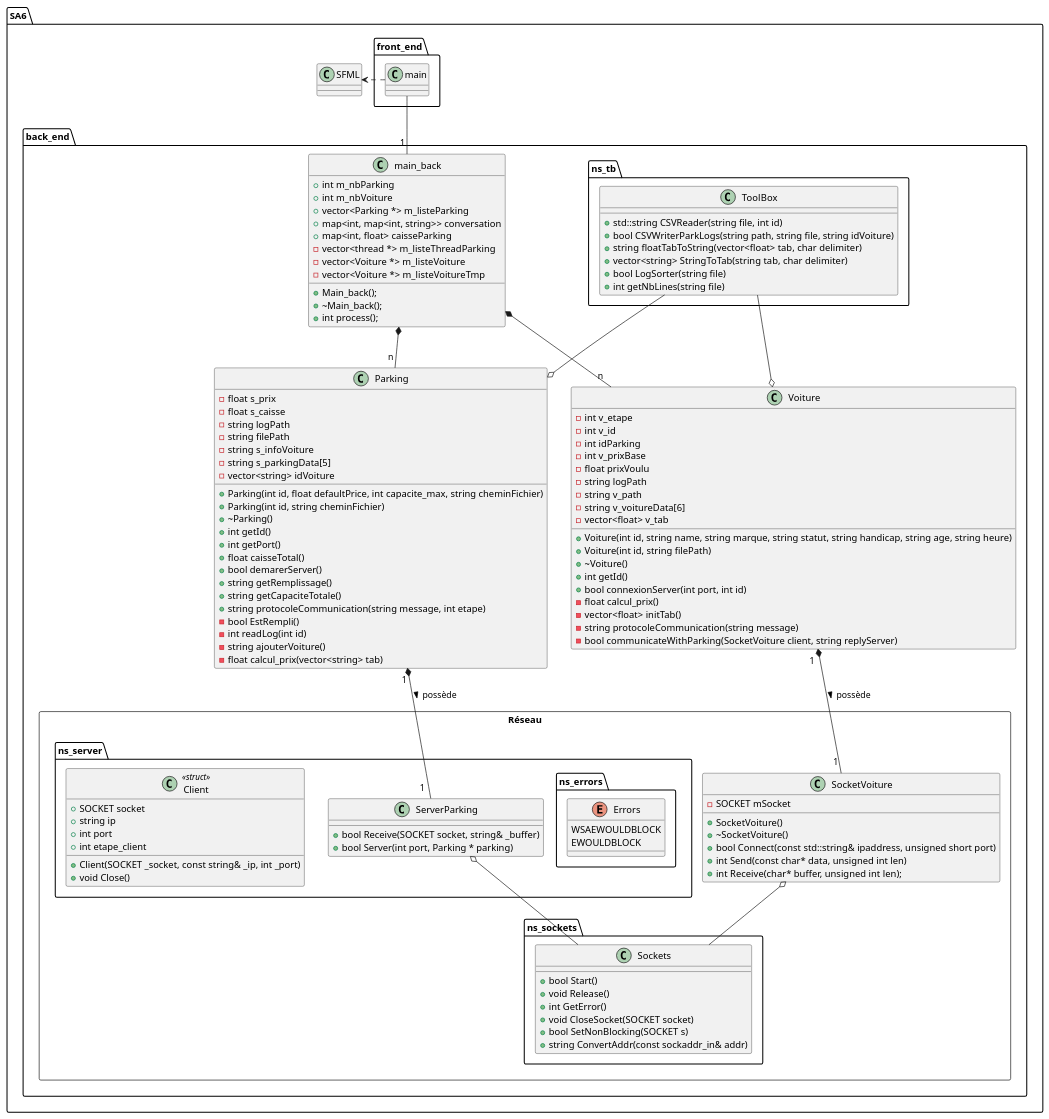
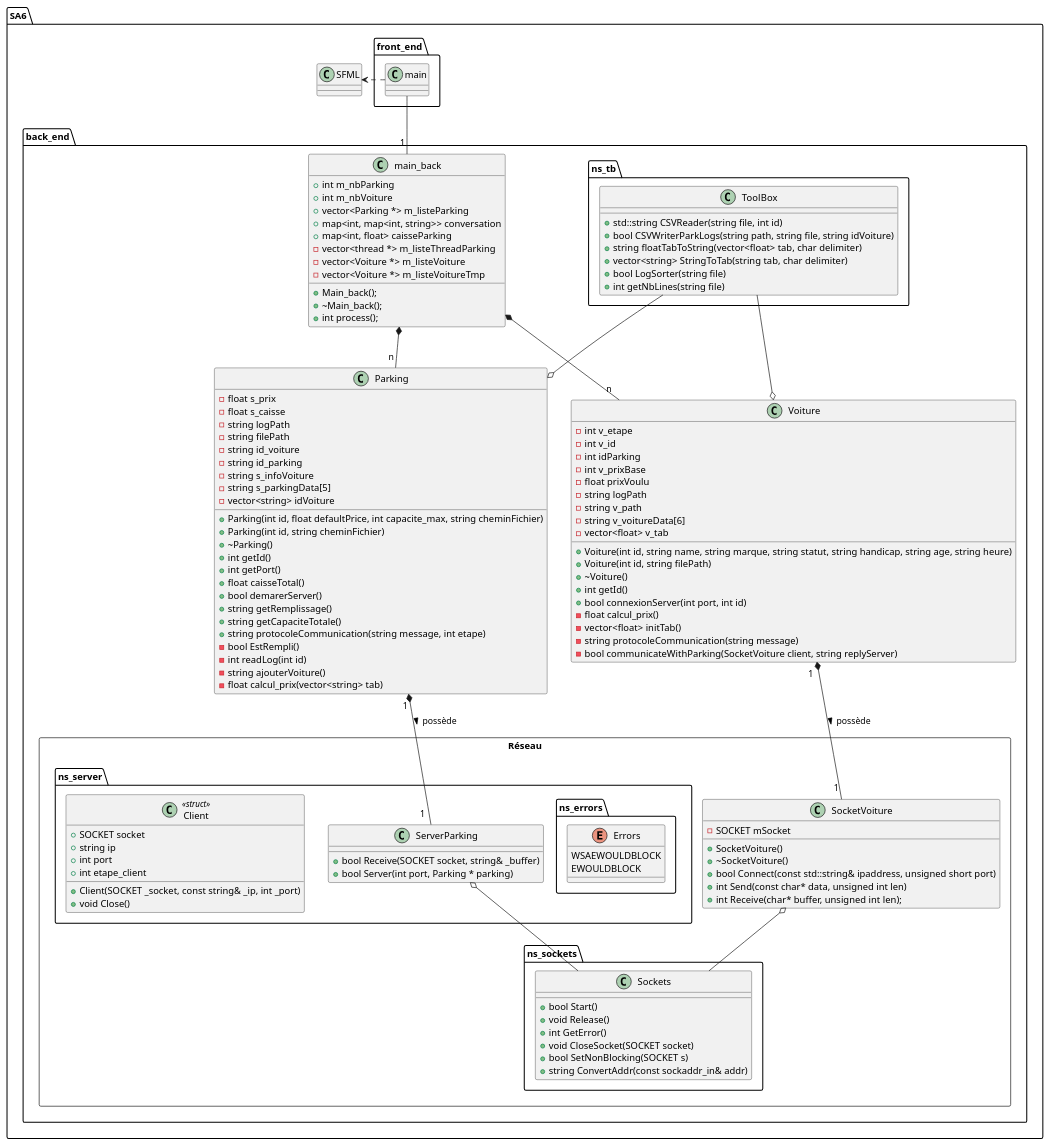
Before and after one commit to KevinFroissart/SA6_CarPark_AI: the diagram in SA6/doc/uml.plantuml, drawn with PlantUML. The commit also changed 20 other files, not shown here.

```diff
--- a/SA6/doc/uml.plantuml
+++ b/SA6/doc/uml.plantuml
@@ -1,154 +1,156 @@
 @startuml SA6_uml
 
 package SA6 {
 
     package front_end {
         class main {}
     }
 
     class SFML {}
 
     package back_end {
 
         class main_back {
             + int m_nbParking
             + int m_nbVoiture
             + vector<Parking *> m_listeParking
             + map<int, map<int, string>> conversation
             + map<int, float> caisseParking
             - vector<thread *> m_listeThreadParking
             - vector<Voiture *> m_listeVoiture
             - vector<Voiture *> m_listeVoitureTmp
 
             + Main_back();
             + ~Main_back();
             + int process();
         }
 
         package ns_tb {
             class ToolBox {
                 + std::string CSVReader(string file, int id)
                 + bool CSVWriterParkLogs(string path, string file, string idVoiture)
                 + string floatTabToString(vector<float> tab, char delimiter)
                 + vector<string> StringToTab(string tab, char delimiter)
                 + bool LogSorter(string file)
                 + int getNbLines(string file)
             }
         }
         
         class Parking {
             - float s_prix
             - float s_caisse
             - string logPath
             - string filePath
+            - string id_voiture
+            - string id_parking
             - string s_infoVoiture
             - string s_parkingData[5]
             - vector<string> idVoiture
 
             + Parking(int id, float defaultPrice, int capacite_max, string cheminFichier)
             + Parking(int id, string cheminFichier)
             + ~Parking()
             + int getId()
             + int getPort()
             + float caisseTotal()
             + bool demarerServer()
             + string getRemplissage()
             + string getCapaciteTotale()
             + string protocoleCommunication(string message, int etape)
             - bool EstRempli()
             - int readLog(int id)
             - string ajouterVoiture()
             - float calcul_prix(vector<string> tab)
         }
 
         Class Voiture {
             - int v_etape
             - int v_id
             - int idParking
             - int v_prixBase
             - float prixVoulu
             - string logPath
             - string v_path
             - string v_voitureData[6]
             - vector<float> v_tab
 
             + Voiture(int id, string name, string marque, string statut, string handicap, string age, string heure)
             + Voiture(int id, string filePath)
             + ~Voiture()
             + int getId()
             + bool connexionServer(int port, int id)
             - float calcul_prix()
             - vector<float> initTab()
             - string protocoleCommunication(string message)
             - bool communicateWithParking(SocketVoiture client, string replyServer)
         }
 
         package Réseau <<Rectangle>> {
 
             package ns_server {
                 Class ServerParking {
                     + bool Receive(SOCKET socket, string& _buffer)
                     + bool Server(int port, Parking * parking)
                 }
 
                 package ns_errors {
                     enum Errors {
                         WSAEWOULDBLOCK
                         EWOULDBLOCK
                     }
                 }
 
                 Class Client << struct >> {
                     + SOCKET socket
                     + string ip
                     + int port
                     + int etape_client
 
                     + Client(SOCKET _socket, const string& _ip, int _port)
                     + void Close()
                 }
             }
 
             Class SocketVoiture {
                 - SOCKET mSocket
 
                 + SocketVoiture()
                 + ~SocketVoiture()
                 + bool Connect(const std::string& ipaddress, unsigned short port)
                 + int Send(const char* data, unsigned int len)
                 + int Receive(char* buffer, unsigned int len);	
             }
 
             package ns_sockets{
 
                 Class Sockets {
 
                     + bool Start()
                     + void Release()
                     + int GetError()
                     + void CloseSocket(SOCKET socket)
                     + bool SetNonBlocking(SOCKET s)
                     + string ConvertAddr(const sockaddr_in& addr)    
                 }
             }
         }
     }
 }
 
 main .right.> SFML
 main -down-  "1 " main_back
 
 main_back *-- "n" Voiture
 main_back *-- "n " Parking
 
 ToolBox --o Voiture
 ToolBox --o Parking
 
 Parking "1 " *-- "1  " ServerParking : > possède
 Voiture "1  " *-- "1 " SocketVoiture : possède >
 
 SocketVoiture o-- Sockets
 ServerParking o-- Sockets
 
 
 @enduml
```
